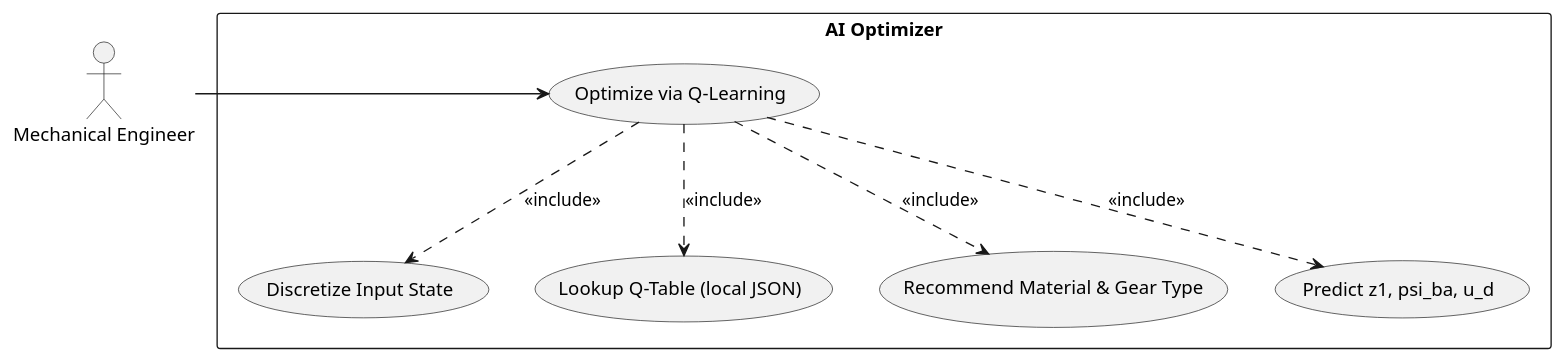
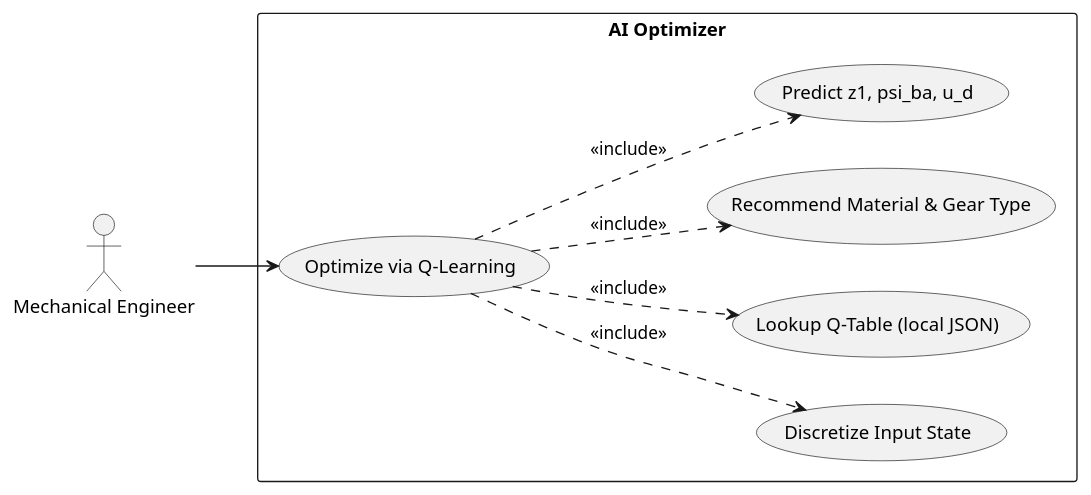
One commit to dvydinh/mechdrive changed the diagram in docs/uml/uc_ai.puml. Above: the diagram before and after it, drawn with PlantUML. The commit also changed 7 other files, not shown here.

```diff
--- a/docs/uml/uc_ai.puml
+++ b/docs/uml/uc_ai.puml
@@ -1,20 +1,21 @@
 @startuml
+left to right direction
 skinparam packageStyle rectangle
 
 actor "Mechanical Engineer" as eng
 
 package "AI Optimizer" {
   usecase "Optimize via Q-Learning" as UC1
   usecase "Discretize Input State" as UC1_1
   usecase "Lookup Q-Table (local JSON)" as UC1_2
   usecase "Recommend Material & Gear Type" as UC1_3
   usecase "Predict z1, psi_ba, u_d" as UC1_4
 }
 
-eng -right-> UC1
-UC1 .down.> UC1_1 : <<include>>
-UC1 .down.> UC1_2 : <<include>>
-UC1 .down.> UC1_3 : <<include>>
-UC1 .down.> UC1_4 : <<include>>
+eng --> UC1
+UC1 ..> UC1_1 : <<include>>
+UC1 ..> UC1_2 : <<include>>
+UC1 ..> UC1_3 : <<include>>
+UC1 ..> UC1_4 : <<include>>
 
 @enduml
```
